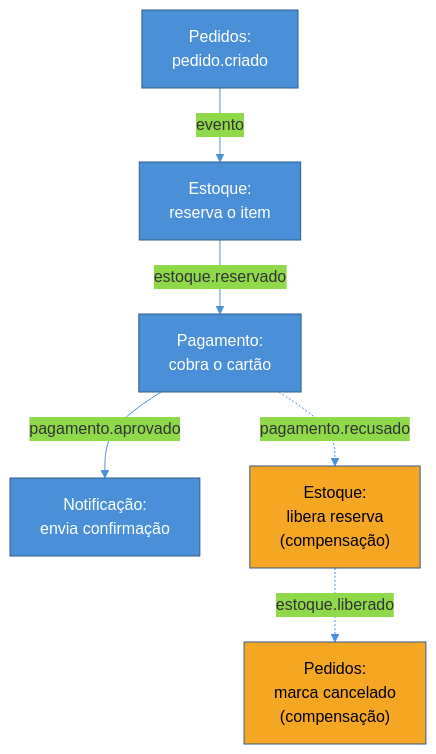
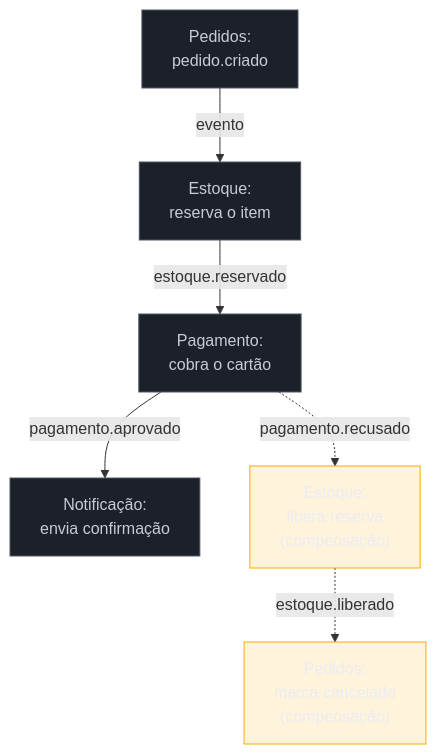
Before and after one commit to josenaldo/codex-technomanticus: the second of 3 diagrams in 03-Dominios/Engenharia/Comunicação entre Sistemas/4 - Comunicação assíncrona/04 - Outbox e Saga.md, drawn with Mermaid. The commit also changed other lines of this file and 1181 other files, not shown here.

First line of the commit message:
fix(diagramas): paleta do sistema no lugar de cor cravada no markdown

````diff
--- a/03-Dominios/Engenharia/Comunicação entre Sistemas/4 - Comunicação assíncrona/04 - Outbox e Saga.md
+++ b/03-Dominios/Engenharia/Comunicação entre Sistemas/4 - Comunicação assíncrona/04 - Outbox e Saga.md
@@ -156,17 +157,18 @@
 ```mermaid
-%%{init: {"theme": "base", "themeVariables": {"primaryColor": "#4A90D9", "primaryBorderColor": "#2E5C8A", "lineColor": "#4A90D9"}}}%%
 flowchart TD
+    classDef neutro fill:#1B2029,stroke:#4E5666,color:#C6CCD8
+    classDef destaque fill:#FFAA0024,stroke:#FFAA00,color:#E9ECF2
     A["Pedidos:<br/>pedido.criado"] -->|"evento"| B["Estoque:<br/>reserva o item"]
     B -->|"estoque.reservado"| C["Pagamento:<br/>cobra o cartão"]
     C -->|"pagamento.aprovado"| D["Notificação:<br/>envia confirmação"]
 
     C -.->|"pagamento.recusado"| E["Estoque:<br/>libera reserva<br/>(compensação)"]
     E -.->|"estoque.liberado"| F["Pedidos:<br/>marca cancelado<br/>(compensação)"]
 
-    style A fill:#4A90D9,color:#fff
-    style B fill:#4A90D9,color:#fff
-    style C fill:#4A90D9,color:#fff
-    style D fill:#4A90D9,color:#fff
-    style E fill:#F5A623,color:#000
-    style F fill:#F5A623,color:#000
+    class A neutro
+    class B neutro
+    class C neutro
+    class D neutro
+    class E destaque
+    class F destaque
 ```
````
